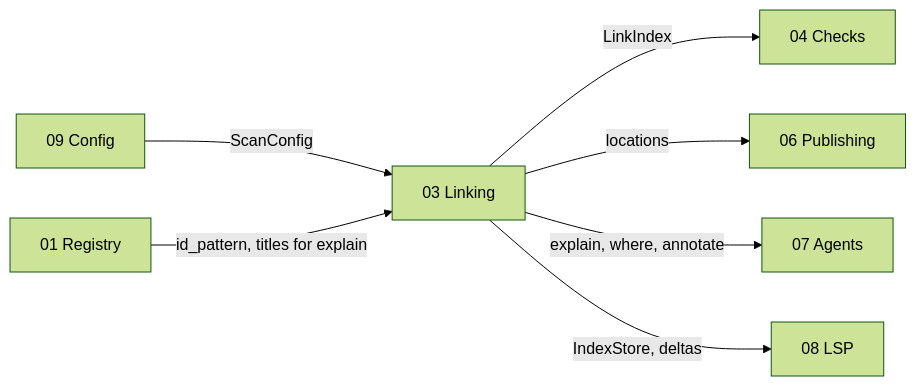
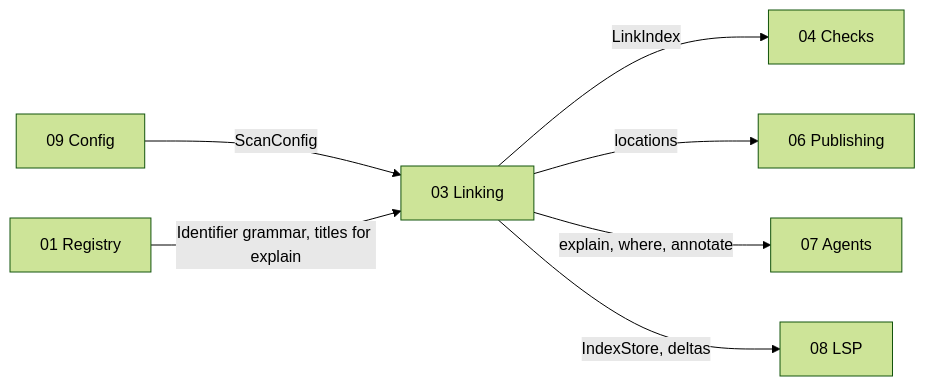
One commit to E-Jacques/Rulelink changed the seventh of 7 diagrams in docs/architecture/03-code-linking.md. Above: the diagram before and after it, drawn with Mermaid (forest theme). The commit also changed other lines of this file and 5 other files, not shown here.

First line of the commit message:
docs(architecture): update the check design for the Findings about the Source

````diff
--- a/docs/architecture/03-code-linking.md
+++ b/docs/architecture/03-code-linking.md
@@ -403,10 +402,10 @@
 ```mermaid
 flowchart LR
     LNK["03 Linking"]
     CFG["09 Config"] -->|"ScanConfig"| LNK
-    REG["01 Registry"] -->|"id_pattern, titles for explain"| LNK
+    REG["01 Registry"] -->|"Identifier grammar, titles for explain"| LNK
     LNK -->|"LinkIndex"| CHK["04 Checks"]
     LNK -->|"locations"| PUB["06 Publishing"]
     LNK -->|"explain, where, annotate"| AG["07 Agents"]
     LNK -->|"IndexStore, deltas"| LSP["08 LSP"]
 ```
````
